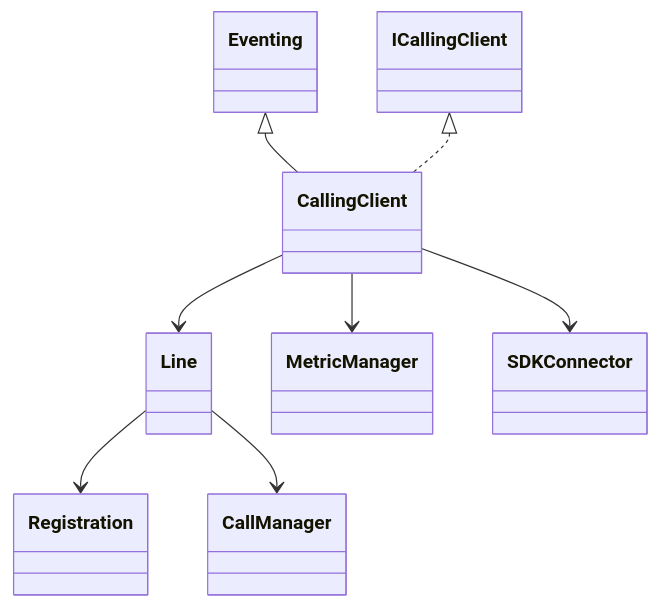
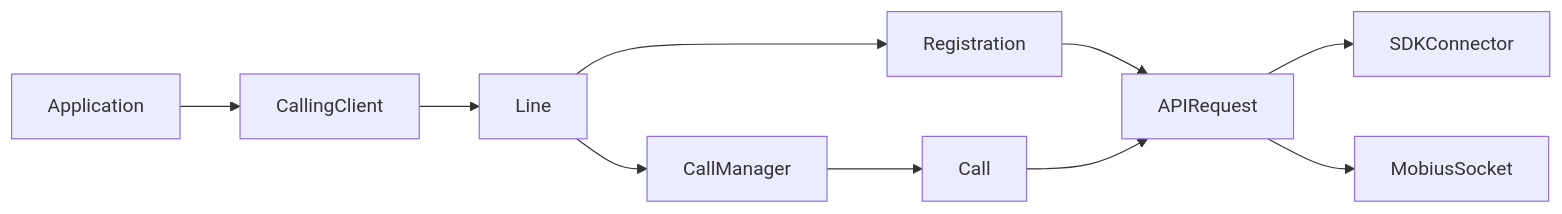
Before and after one commit to webex/webex-js-sdk: the eighth of 9 diagrams in packages/calling/src/CallingClient/ai-docs/calling-client-spec.md, drawn with Mermaid. The commit also changed other lines of this file and 59 other files, not shown here.

````diff
--- a/packages/calling/src/CallingClient/ai-docs/calling-client-spec.md
+++ b/packages/calling/src/CallingClient/ai-docs/calling-client-spec.md
@@ -105,10 +772,12 @@
 ```mermaid
-classDiagram
- Eventing <|-- CallingClient
- ICallingClient <|.. CallingClient
- CallingClient --> Line
- Line --> Registration
- Line --> CallManager
- CallingClient --> MetricManager
- CallingClient --> SDKConnector
+flowchart LR
+  App[Application] --> Client[CallingClient]
+  Client --> Line[Line]
+  Line --> Reg[Registration]
+  Line --> Manager[CallManager]
+  Manager --> Call[Call]
+  Reg --> Request[APIRequest]
+  Call --> Request
+  Request --> SDK[SDKConnector]
+  Request --> Socket[MobiusSocket]
 ```
````
